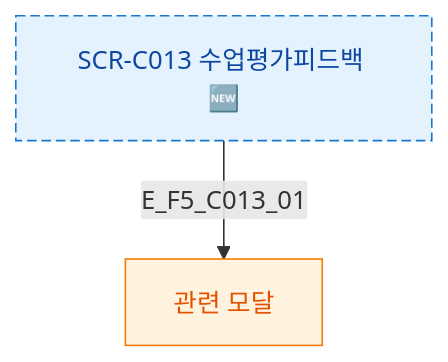
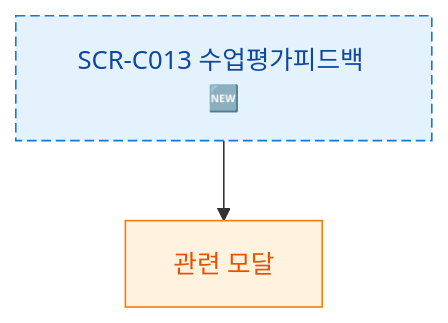
Before and after one commit to dev-spogym/admin-pando: the diagram in docs/다이어그램/D04_수업관리/SCR-C013_수업평가피드백/F5_모달트리거.md, drawn with Mermaid. The commit also changed other lines of this file and 1660 other files, not shown here.

First line of the commit message:
다이어그램: 기획자/클라이언트 납품본으로 정리

````diff
--- a/docs/다이어그램/D04_수업관리/SCR-C013_수업평가피드백/F5_모달트리거.md
+++ b/docs/다이어그램/D04_수업관리/SCR-C013_수업평가피드백/F5_모달트리거.md
@@ -20,11 +18,11 @@
 ```mermaid
 flowchart TD
   SCR_NODE[SCR-C013 수업평가피드백 🆕]
-  SCR_NODE -->|E_F5_C013_01| DLG[관련 모달]
+  SCR_NODE --> DLG[관련 모달]
   classDef screen fill:#E3F2FD,stroke:#1976D2,color:#0D47A1
   classDef modal fill:#FFF3E0,stroke:#F57C00,color:#E65100
   classDef newFeature fill:#F3E5F5,stroke:#7B1FA2,color:#4A148C,stroke-dasharray:6 3
   class SCR_NODE newFeature
   class SCR_NODE screen
   class DLG modal
 ```
````
